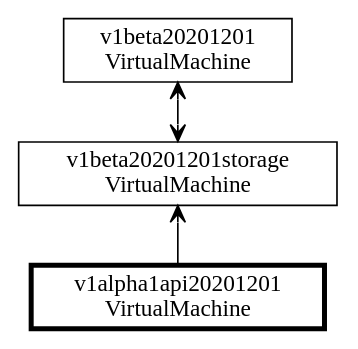
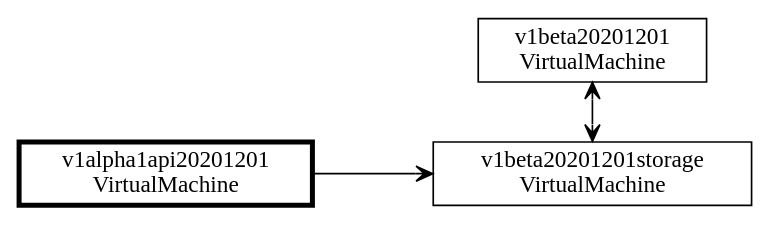
One commit to Azure/azure-service-operator changed the diagram in docs/hugo/content/architecture-decision-records/images/adr-2022-02-backward-compatibility-single-version.dot. Above: the diagram before and after it, drawn with Graphviz. The commit also changed 3 other files, not shown here.

Commit message:
Update diagrams

```diff
--- a/docs/hugo/content/architecture-decision-records/images/adr-2022-02-backward-compatibility-single-version.dot
+++ b/docs/hugo/content/architecture-decision-records/images/adr-2022-02-backward-compatibility-single-version.dot
@@ -1,18 +1,22 @@
 graph {
     nodesep="1"
 
     node [shape=rect]
     v1beta20201201 [label="v1beta20201201\nVirtualMachine"]
 
-    node [shape=rect]
-    v1beta20201201storage [label="v1beta20201201storage\nVirtualMachine"]
+    subgraph storageVersions {
+        rank=same;
 
-    node [shape=rect, penwidth=3]
-    v1alpha1api20201201storage [label="v1alpha1api20201201\nVirtualMachine"]
+        node [shape=rect]
+        v1beta20201201storage [label="v1beta20201201storage\nVirtualMachine"]
+
+        node [shape=rect, penwidth=3]
+        v1alpha1api20201201storage [label="v1alpha1api20201201\nVirtualMachine"]
+    }
 
     edge [arrowhead=vee, arrowtail=vee, dir=both]
     v1beta20201201 -- v1beta20201201storage
 
-    edge [arrowhead=none, arrowtail=vee, dir=both]
-    v1beta20201201storage -- v1alpha1api20201201storage
+    edge [arrowhead=vee, arrowtail=none, dir=both]
+    v1alpha1api20201201storage -- v1beta20201201storage
 }
```
